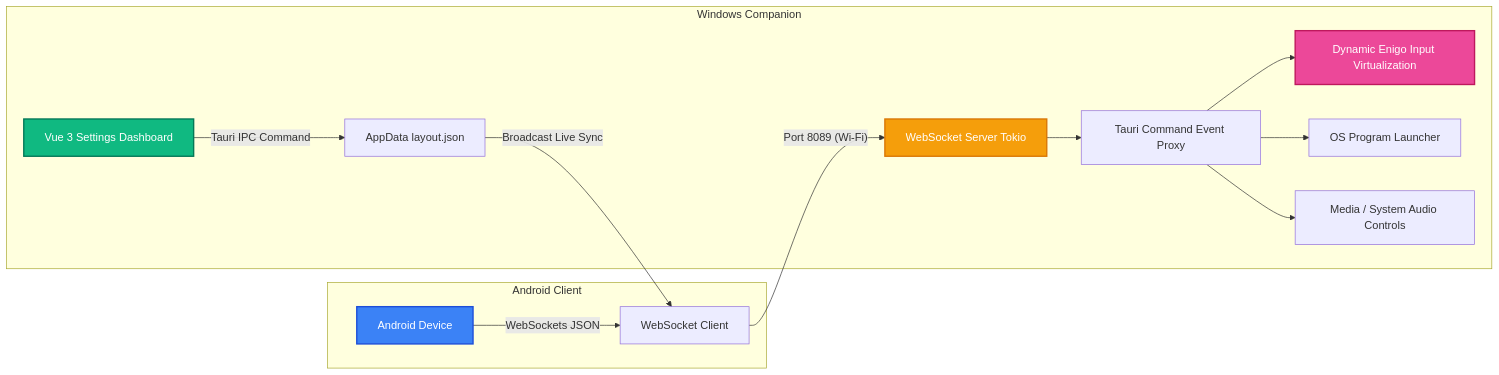
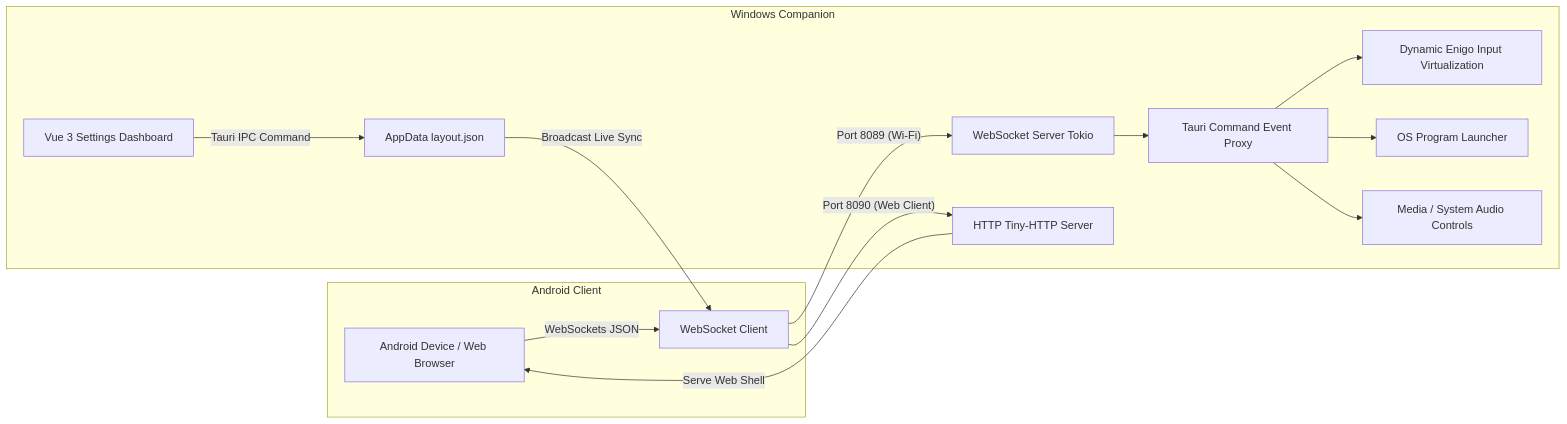
One commit to aniadev/android-stream-desk changed the diagram in README.md. Above: the diagram before and after it, drawn with Mermaid. The commit also changed 4 other files, not shown here.

````diff
--- a/README.md
+++ b/README.md
@@ -15,21 +15,18 @@
 ```mermaid
 flowchart LR
     subgraph Android Client
-        A[Android Device] -- WebSockets JSON --> B[WebSocket Client]
+        A[Android Device / Web Browser] -- WebSockets JSON --> B[WebSocket Client]
     end
     
     subgraph Windows Companion
         B -- Port 8089 (Wi-Fi) --> C[WebSocket Server Tokio]
+        B -- Port 8090 (Web Client) --> C1[HTTP Tiny-HTTP Server]
+        C1 -- Serve Web Shell --> A
         C --> D[Tauri Command Event Proxy]
         D --> E[Dynamic Enigo Input Virtualization]
         D --> F[OS Program Launcher]
         D --> G[Media / System Audio Controls]
         H[Vue 3 Settings Dashboard] -- Tauri IPC Command --> H1[AppData layout.json]
         H1 -- Broadcast Live Sync --> B
     end
-
-    style A fill:#3b82f6,stroke:#1d4ed8,stroke-width:2px,color:#fff
-    style H fill:#10b981,stroke:#047857,stroke-width:2px,color:#fff
-    style C fill:#f59e0b,stroke:#d97706,stroke-width:2px,color:#fff
-    style E fill:#ec4899,stroke:#be185d,stroke-width:2px,color:#fff
 ```
````
